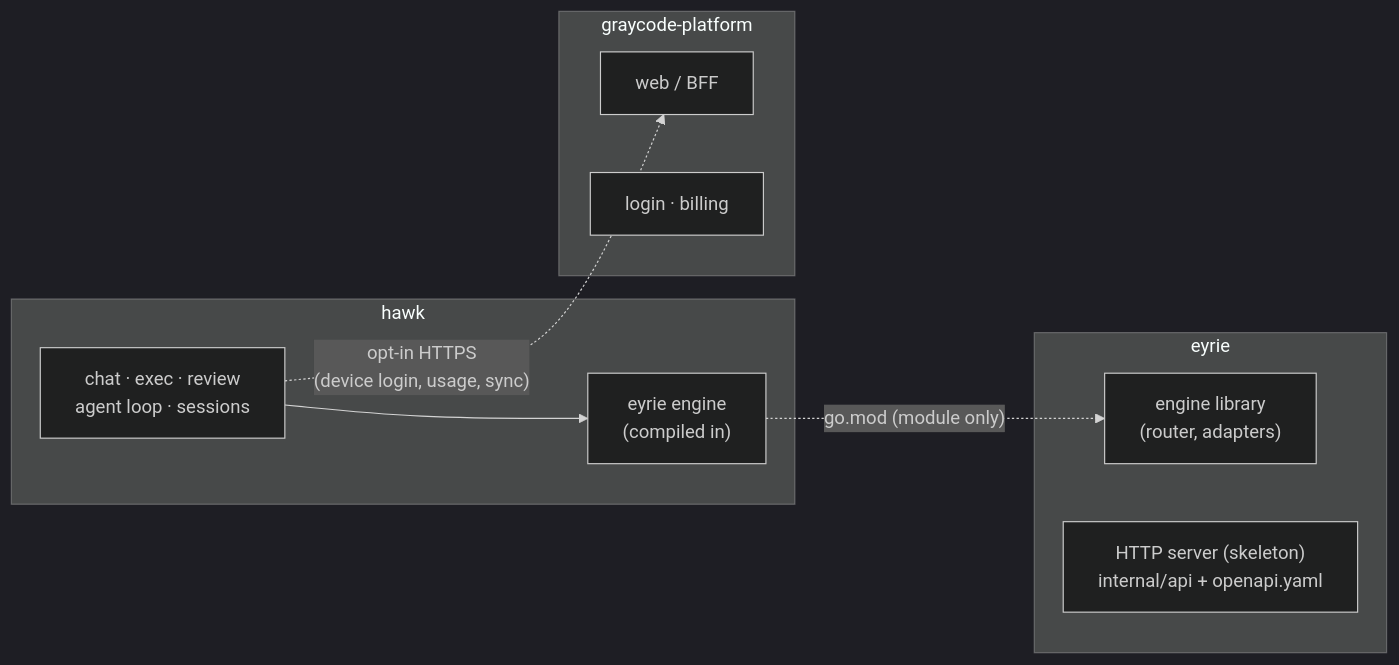
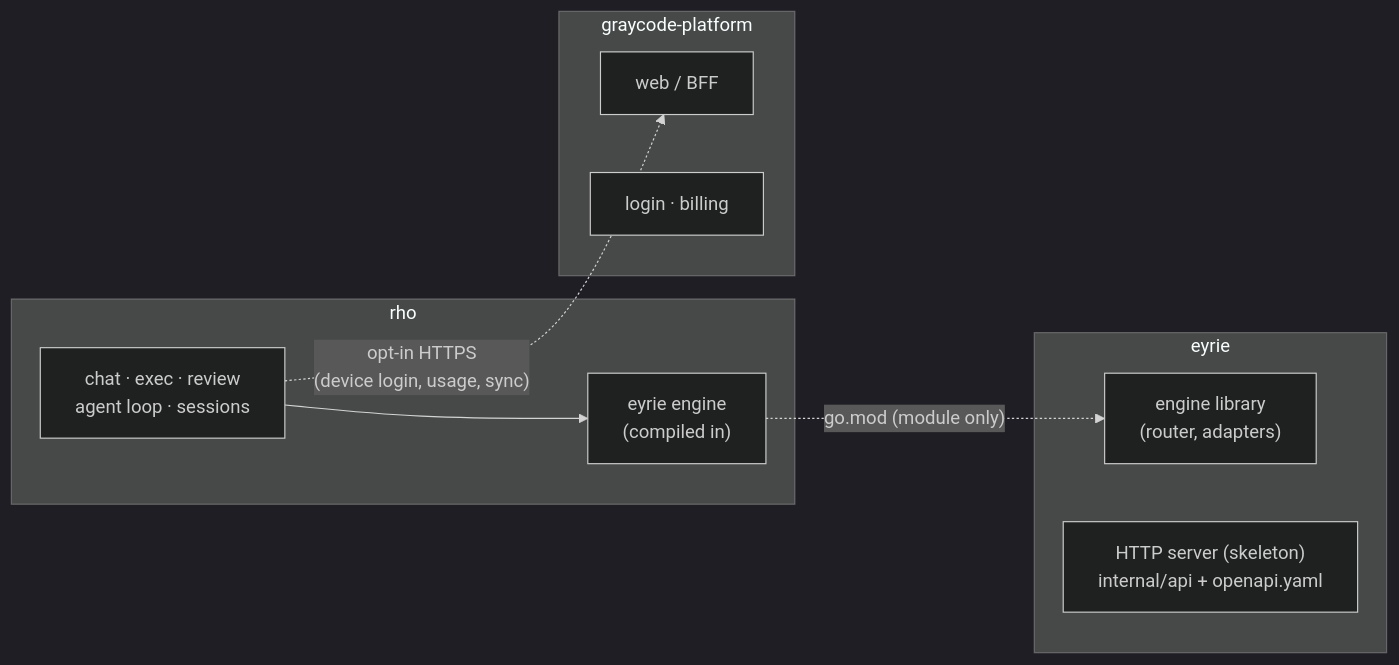
The first of 2 diagrams in docs/design/three-repo-architecture.md (GrayCodeAI/Rhov), drawn with Mermaid (dark theme) before and after one commit. The commit also changed other lines of this file and 1323 other files, not shown here.

First line of the commit message:
feat!: rename Hawk to Rho; add Tau-style TUI and feature parity (#306)

````diff
--- a/docs/design/three-repo-architecture.md
+++ b/docs/design/three-repo-architecture.md
@@ -9,21 +9,21 @@
 ```mermaid
 flowchart LR
-    subgraph CLI["hawk"]
+    subgraph CLI["rho"]
         TUI["chat · exec · review\nagent loop · sessions"]
         ENG["eyrie engine\n(compiled in)"]
     end
 
     subgraph ROUTER["eyrie"]
         LIB["engine library\n(router, adapters)"]
         SRV["HTTP server (skeleton)\ninternal/api + openapi.yaml"]
     end
 
     subgraph PLAT["graycode-platform"]
         WEB["web / BFF"]
         AUTH["login · billing"]
     end
 
     TUI --> ENG
     ENG -. "go.mod (module only)" .-> LIB
     TUI -. "opt-in HTTPS\n(device login, usage, sync)" .-> WEB
 ```
````
